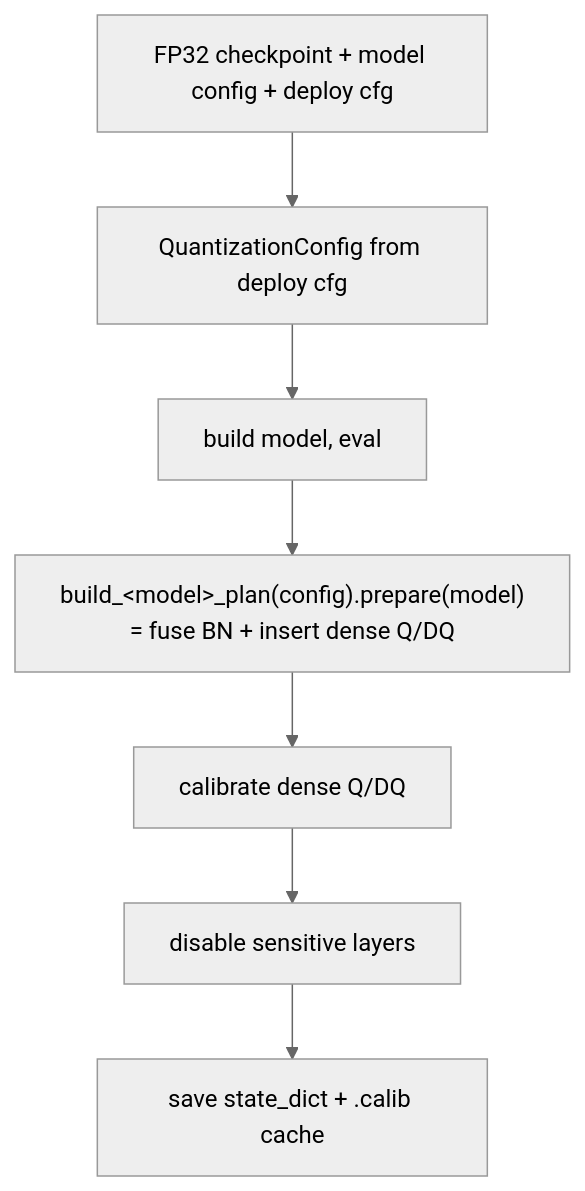
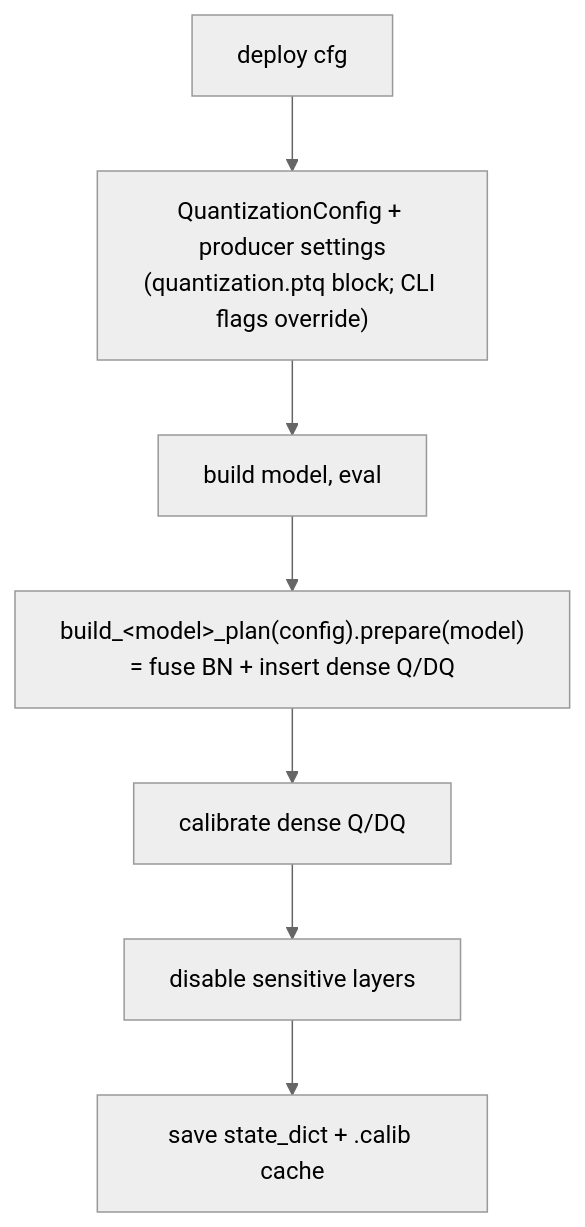
The first of 2 diagrams in deployment/quantization/README.md (vividf/AWML), drawn with Mermaid (neutral theme) before and after one commit. The commit also changed other lines of this file and 30 other files, not shown here.

````diff
--- a/deployment/quantization/README.md
+++ b/deployment/quantization/README.md
@@ -142,9 +147,9 @@
 ```mermaid
 flowchart TD
-    A[FP32 checkpoint + model config + deploy cfg] --> B[QuantizationConfig from deploy cfg]
+    A[deploy cfg] --> B["QuantizationConfig + producer settings<br/>(quantization.ptq block; CLI flags override)"]
     B --> C[build model, eval]
     C --> D["build_&lt;model&gt;_plan(config).prepare(model)<br/>= fuse BN + insert dense Q/DQ"]
     D --> E[calibrate dense Q/DQ]
     E --> F[disable sensitive layers]
     F --> G[save state_dict + .calib cache]
 ```
````
